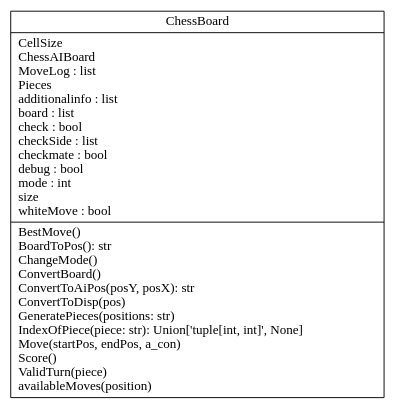
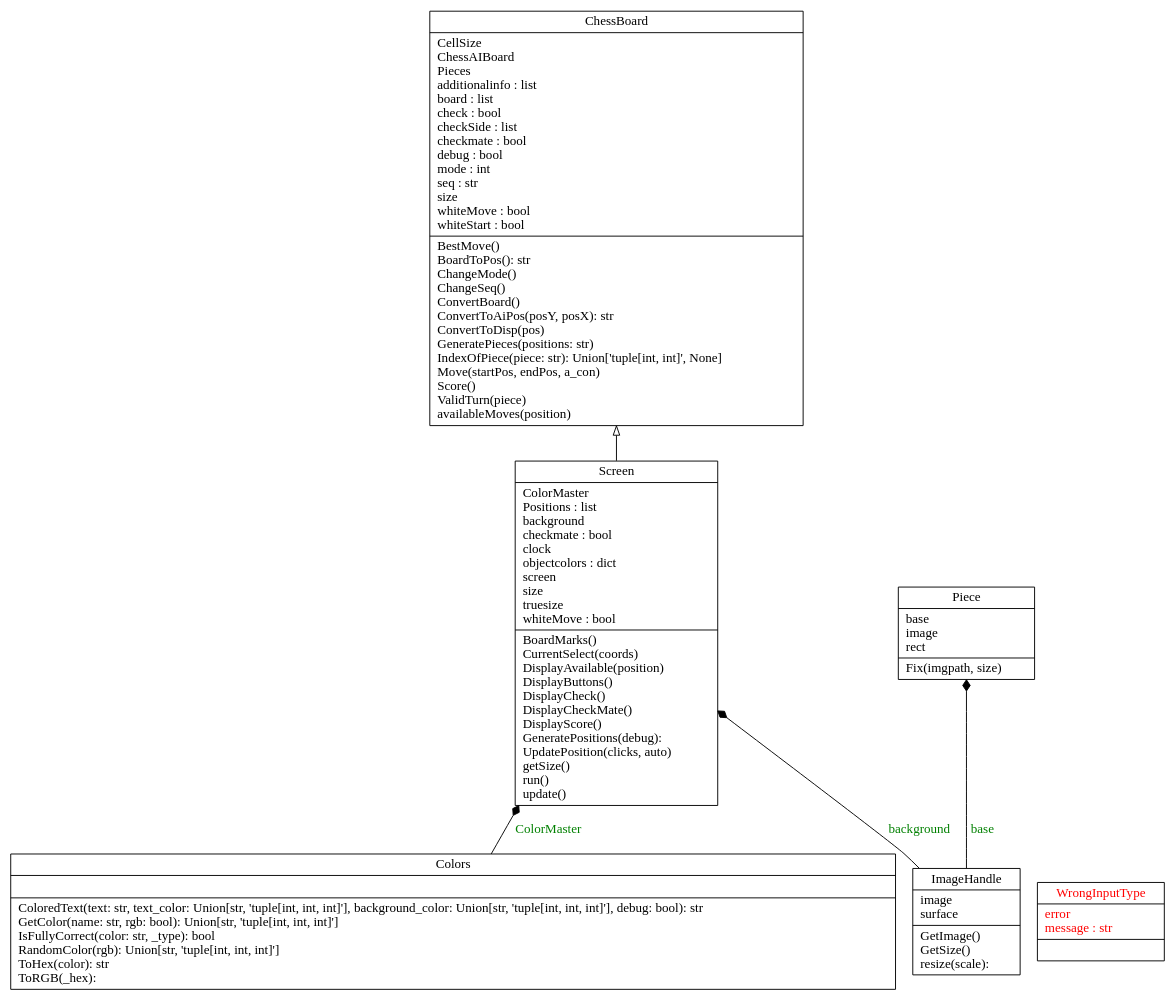
The diagram in classes.dot (ShiroTsuma-github/PROJEKT_STUDIA), drawn with Graphviz before and after one commit. The commit also changed 5 other files, not shown here.

```diff
--- a/classes.dot
+++ b/classes.dot
@@ -1,5 +1,14 @@
 digraph "classes" {
 rankdir=BT
 charset="utf-8"
-"Modules.ChessBoard.ChessBoard" [color="black", fontcolor="black", label="{ChessBoard|CellSize\lChessAIBoard\lMoveLog : list\lPieces\ladditionalinfo : list\lboard : list\lcheck : bool\lcheckSide : list\lcheckmate : bool\ldebug : bool\lmode : int\lsize\lwhiteMove : bool\l|BestMove()\lBoardToPos(): str\lChangeMode()\lConvertBoard()\lConvertToAiPos(posY, posX): str\lConvertToDisp(pos)\lGeneratePieces(positions: str)\lIndexOfPiece(piece: str): Union['tuple[int, int]', None]\lMove(startPos, endPos, a_con)\lScore()\lValidTurn(piece)\lavailableMoves(position)\l}", shape="record", style="solid"];
+"Modules.ChessBoard.ChessBoard" [color="black", fontcolor="black", label="{ChessBoard|CellSize\lChessAIBoard\lPieces\ladditionalinfo : list\lboard : list\lcheck : bool\lcheckSide : list\lcheckmate : bool\ldebug : bool\lmode : int\lseq : str\lsize\lwhiteMove : bool\lwhiteStart : bool\l|BestMove()\lBoardToPos(): str\lChangeMode()\lChangeSeq()\lConvertBoard()\lConvertToAiPos(posY, posX): str\lConvertToDisp(pos)\lGeneratePieces(positions: str)\lIndexOfPiece(piece: str): Union['tuple[int, int]', None]\lMove(startPos, endPos, a_con)\lScore()\lValidTurn(piece)\lavailableMoves(position)\l}", shape="record", style="solid"];
+"Modules.Colors.Colors" [color="black", fontcolor="black", label="{Colors|\l|ColoredText(text: str, text_color: Union[str, 'tuple[int, int, int]'], background_color: Union[str, 'tuple[int, int, int]'], debug: bool): str\lGetColor(name: str, rgb: bool): Union[str, 'tuple[int, int, int]']\lIsFullyCorrect(color: str, _type): bool\lRandomColor(rgb): Union[str, 'tuple[int, int, int]']\lToHex(color): str\lToRGB(_hex): \l}", shape="record", style="solid"];
+"Modules.ImageFix.ImageHandle" [color="black", fontcolor="black", label="{ImageHandle|image\lsurface\l|GetImage()\lGetSize()\lresize(scale): \l}", shape="record", style="solid"];
+"Modules.Piece.Piece" [color="black", fontcolor="black", label="{Piece|base\limage\lrect\l|Fix(imgpath, size)\l}", shape="record", style="solid"];
+"Modules.Screen.Screen" [color="black", fontcolor="black", label="{Screen|ColorMaster\lPositions : list\lbackground\lcheckmate : bool\lclock\lobjectcolors : dict\lscreen\lsize\ltruesize\lwhiteMove : bool\l|BoardMarks()\lCurrentSelect(coords)\lDisplayAvailable(position)\lDisplayButtons()\lDisplayCheck()\lDisplayCheckMate()\lDisplayScore()\lGeneratePositions(debug): \lUpdatePosition(clicks, auto)\lgetSize()\lrun()\lupdate()\l}", shape="record", style="solid"];
+"Modules.Colors.WrongInputType" [color="black", fontcolor="red", label="{WrongInputType|error\lmessage : str\l|}", shape="record", style="solid"];
+"Modules.Screen.Screen" -> "Modules.ChessBoard.ChessBoard" [arrowhead="empty", arrowtail="none"];
+"Modules.Colors.Colors" -> "Modules.Screen.Screen" [arrowhead="diamond", arrowtail="none", fontcolor="green", label="ColorMaster", style="solid"];
+"Modules.ImageFix.ImageHandle" -> "Modules.Piece.Piece" [arrowhead="diamond", arrowtail="none", fontcolor="green", label="base", style="solid"];
+"Modules.ImageFix.ImageHandle" -> "Modules.Screen.Screen" [arrowhead="diamond", arrowtail="none", fontcolor="green", label="background", style="solid"];
 }
```
